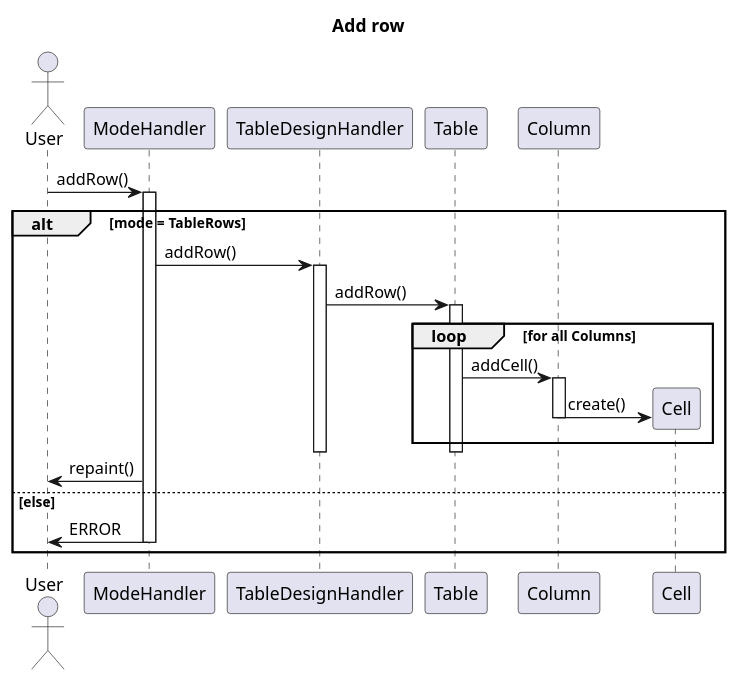
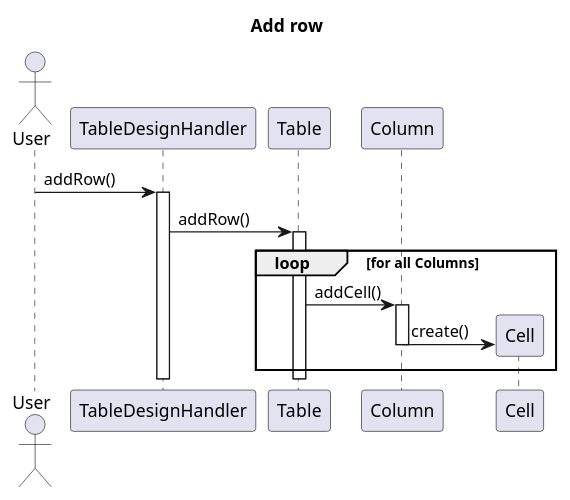
One commit to Bhamoss/softwareOntwerpProject changed the diagram in diagrams/interactionDiagrams/addRow.puml. Above: the diagram before and after it, drawn with PlantUML. The commit also changed 12 other files, not shown here.

Commit message:
interactie diagrammen aangepasdt

```diff
--- a/diagrams/interactionDiagrams/addRow.puml
+++ b/diagrams/interactionDiagrams/addRow.puml
@@ -1,26 +1,19 @@
 @startuml
 title Add row
 Actor User
-User -> ModeHandler: addRow()
-activate ModeHandler
-alt mode = TableRows
-ModeHandler -> TableDesignHandler: addRow()
+
+User -> TableDesignHandler: addRow()
 activate TableDesignHandler
 TableDesignHandler -> Table: addRow()
 activate Table
 loop for all Columns
     Table -> Column: addCell()
     activate Column
     create Cell
     Column -> Cell: create()
     deactivate Column
 end
 deactivate Table
 deactivate TableDesignHandler
-ModeHandler -> User: repaint()
-else else
-    ModeHandler -> User: ERROR
-    deactivate ModeHandler
-end
 
 @enduml
```
